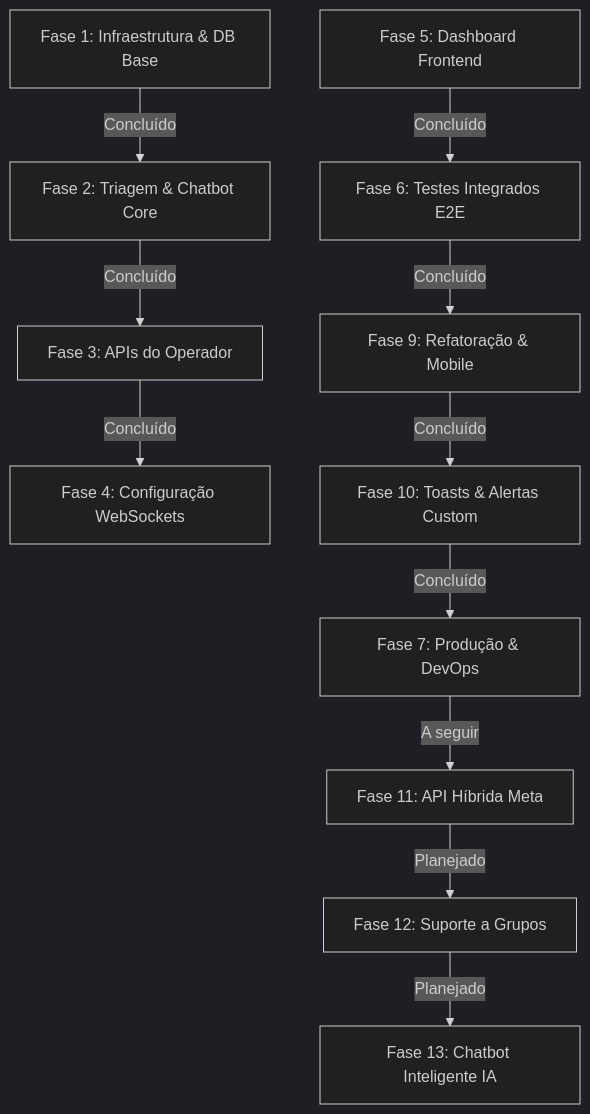
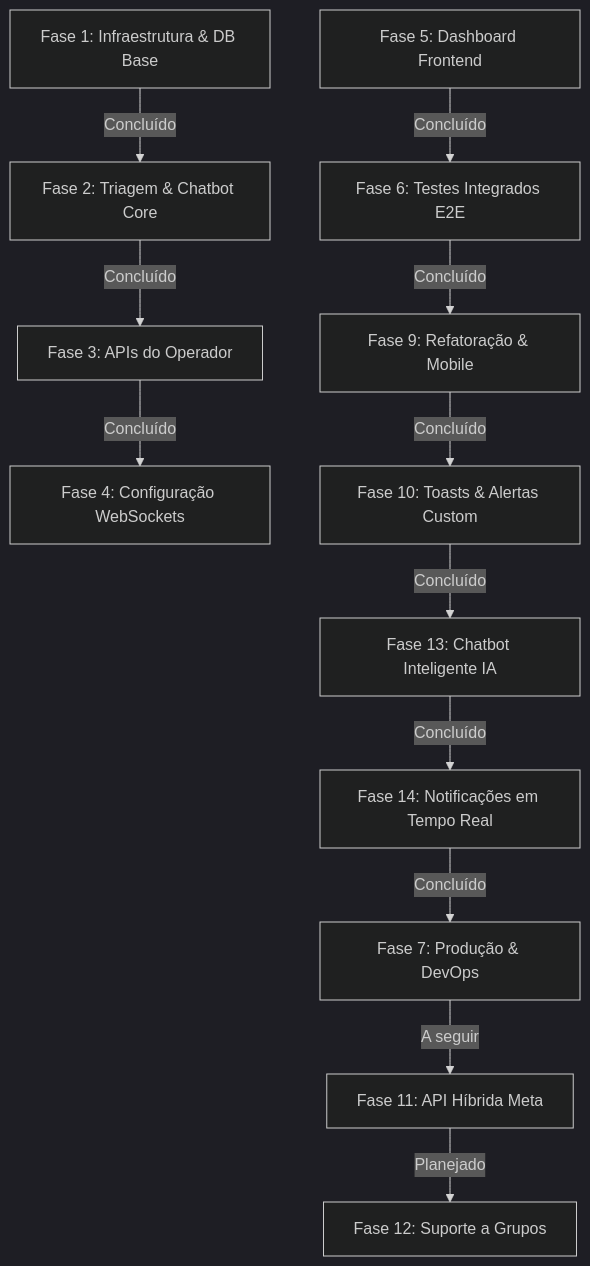
The diagram in docs/roadmap.md (Randygomesdev/Setoriza), drawn with Mermaid (dark theme) before and after one commit. The commit also changed other lines of this file and 21 other files, not shown here.

Commit message:
feat(ai-chatbot): implement gemini-3.5-flash triaging system and premium real-time notifications

````diff
--- a/docs/roadmap.md
+++ b/docs/roadmap.md
@@ -9,13 +9,14 @@
 ```mermaid
 graph TD
     Phase1[Fase 1: Infraestrutura & DB Base] -->|Concluído| Phase2[Fase 2: Triagem & Chatbot Core]
     Phase2 -->|Concluído| Phase3[Fase 3: APIs do Operador]
     Phase3 -->|Concluído| Phase4[Fase 4: Configuração WebSockets]
     Phase5[Fase 5: Dashboard Frontend] -->|Concluído| Phase6[Fase 6: Testes Integrados E2E]
     Phase6 -->|Concluído| Phase9[Fase 9: Refatoração & Mobile]
     Phase9 -->|Concluído| Phase10[Fase 10: Toasts & Alertas Custom]
-    Phase10 -->|Concluído| Phase7[Fase 7: Produção & DevOps]
+    Phase10 -->|Concluído| Phase13[Fase 13: Chatbot Inteligente IA]
+    Phase13 -->|Concluído| Phase14[Fase 14: Notificações em Tempo Real]
+    Phase14 -->|Concluído| Phase7[Fase 7: Produção & DevOps]
     Phase7 -->|A seguir| Phase11[Fase 11: API Híbrida Meta]
     Phase11 -->|Planejado| Phase12[Fase 12: Suporte a Grupos]
-    Phase12 -->|Planejado| Phase13[Fase 13: Chatbot Inteligente IA]
 ```
````
